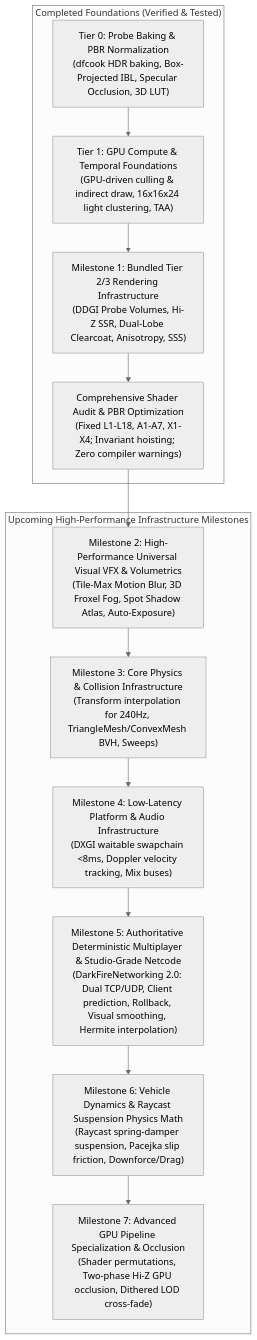
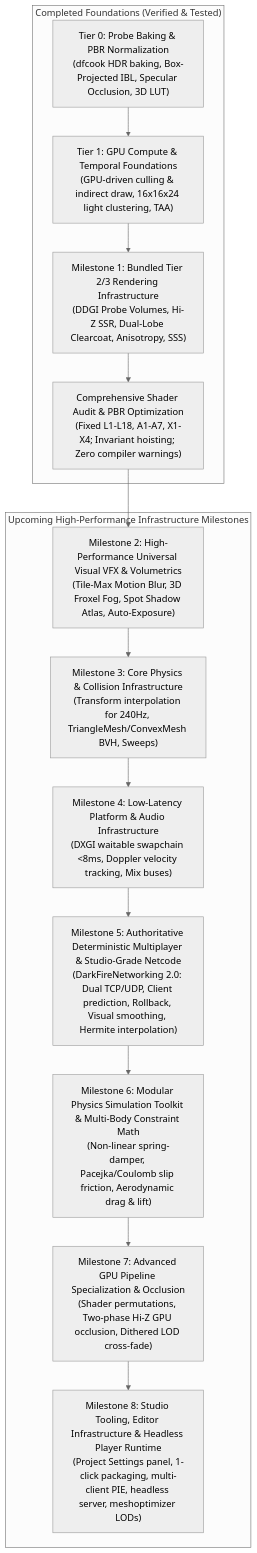
One commit to Omar0Gamal/DarkFire changed the first of 5 diagrams in RENDERING_ROADMAP.md. Above: the diagram before and after it, drawn with Mermaid (neutral theme). The commit also changed other lines of this file, not shown here.

Commit message:
docs: integrate game-agnostic physics toolkit (M6) and studio tooling/headless runtime (M8) into RENDERING_ROADMAP.md

````diff
--- a/RENDERING_ROADMAP.md
+++ b/RENDERING_ROADMAP.md
@@ -17,28 +17,30 @@
 ```mermaid
 flowchart TD
     subgraph CompletedFoundations["Completed Foundations (Verified & Tested)"]
         Tier0["Tier 0: Probe Baking & PBR Normalization\n(dfcook HDR baking, Box-Projected IBL, Specular Occlusion, 3D LUT)"]
         Tier1["Tier 1: GPU Compute & Temporal Foundations\n(GPU-driven culling & indirect draw, 16x16x24 light clustering, TAA)"]
         Milestone1["Milestone 1: Bundled Tier 2/3 Rendering Infrastructure\n(DDGI Probe Volumes, Hi-Z SSR, Dual-Lobe Clearcoat, Anisotropy, SSS)"]
         AuditMilestone["Comprehensive Shader Audit & PBR Optimization\n(Fixed L1-L18, A1-A7, X1-X4; Invariant hoisting; Zero compiler warnings)"]
     end
 
     subgraph ActiveAndUpcoming["Upcoming High-Performance Infrastructure Milestones"]
         Milestone2["Milestone 2: High-Performance Universal Visual VFX & Volumetrics\n(Tile-Max Motion Blur, 3D Froxel Fog, Spot Shadow Atlas, Auto-Exposure)"]
         Milestone3["Milestone 3: Core Physics & Collision Infrastructure\n(Transform interpolation for 240Hz, TriangleMesh/ConvexMesh BVH, Sweeps)"]
         Milestone4["Milestone 4: Low-Latency Platform & Audio Infrastructure\n(DXGI waitable swapchain <8ms, Doppler velocity tracking, Mix buses)"]
         Milestone5["Milestone 5: Authoritative Deterministic Multiplayer & Studio-Grade Netcode\n(DarkFireNetworking 2.0: Dual TCP/UDP, Client prediction, Rollback, Visual smoothing, Hermite interpolation)"]
-        Milestone6["Milestone 6: Vehicle Dynamics & Raycast Suspension Physics Math\n(Raycast spring-damper suspension, Pacejka slip friction, Downforce/Drag)"]
+        Milestone6["Milestone 6: Modular Physics Simulation Toolkit & Multi-Body Constraint Math\n(Non-linear spring-damper, Pacejka/Coulomb slip friction, Aerodynamic drag & lift)"]
         Milestone7["Milestone 7: Advanced GPU Pipeline Specialization & Occlusion\n(Shader permutations, Two-phase Hi-Z GPU occlusion, Dithered LOD cross-fade)"]
+        Milestone8["Milestone 8: Studio Tooling, Editor Infrastructure & Headless Player Runtime\n(Project Settings panel, 1-click packaging, multi-client PIE, headless server, meshoptimizer LODs)"]
     end
 
     Tier0 --> Tier1
     Tier1 --> Milestone1
     Milestone1 --> AuditMilestone
     AuditMilestone --> Milestone2
     Milestone2 --> Milestone3
     Milestone3 --> Milestone4
     Milestone4 --> Milestone5
     Milestone5 --> Milestone6
     Milestone6 --> Milestone7
+    Milestone7 --> Milestone8
 ```
````
